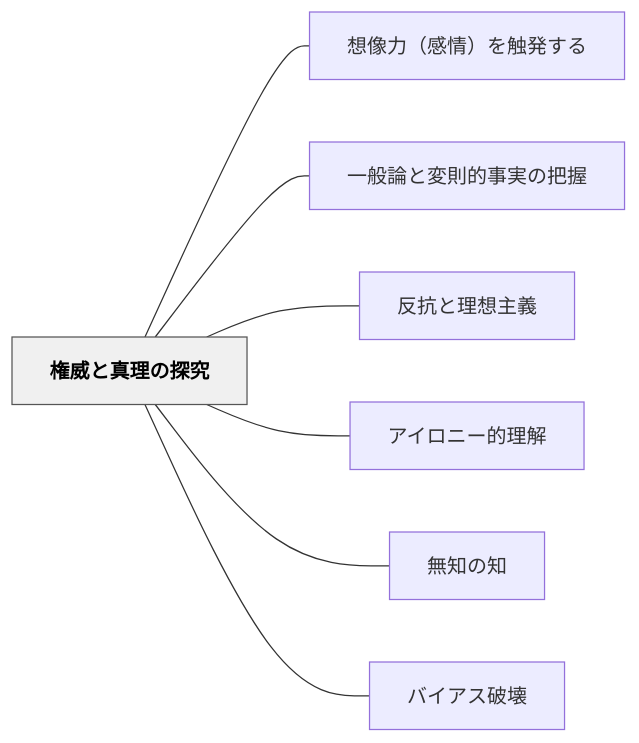
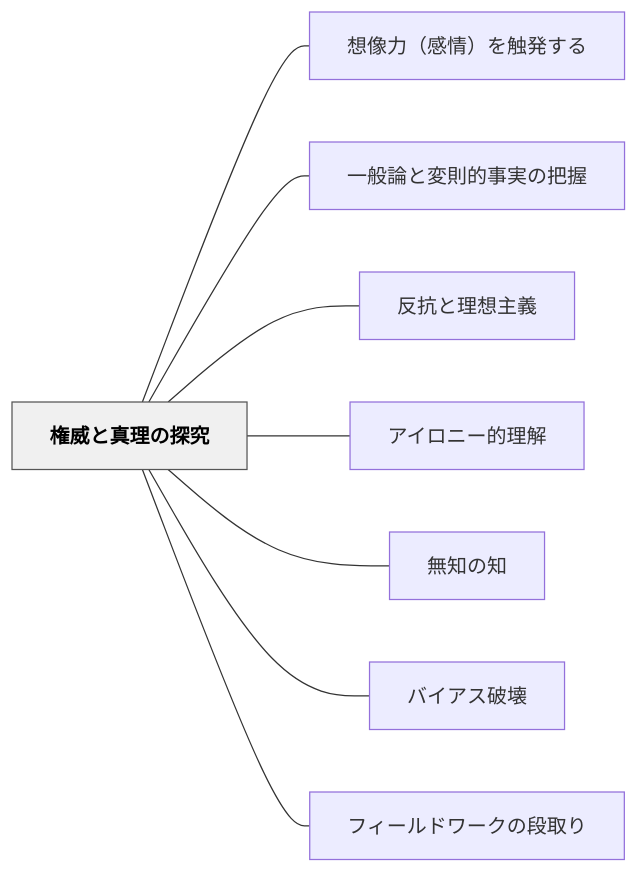
The diagram in content/パタン/権威と真理の探究.md (unknownthings-ed-patterns/unknownthings-ed-patterns), drawn with Mermaid before and after one commit. The commit also changed other lines of this file and 17 other files, not shown here.

````diff
--- a/content/パタン/権威と真理の探究.md
+++ b/content/パタン/権威と真理の探究.md
@@ -49,20 +50,22 @@
 ```mermaid
 flowchart LR
     ne6a8a9e5a881["権威と真理の探究"]
     ne683b3e5838f["想像力（感情）を触発する"]
     ne4b880e888ac["一般論と変則的事実の把握"]
     ne58f8de68a97["反抗と理想主義"]
     ne382a2e382a4["アイロニー的理解"]
     ne784a1e79fa5["無知の知"]
     ne38390e382a4["バイアス破壊"]
+    ne38395e382a3["フィールドワークの段取り"]
 
     ne6a8a9e5a881 --- ne683b3e5838f
     ne6a8a9e5a881 --- ne4b880e888ac
     ne6a8a9e5a881 --- ne58f8de68a97
     ne6a8a9e5a881 --- ne382a2e382a4
     ne6a8a9e5a881 --- ne784a1e79fa5
     ne6a8a9e5a881 --- ne38390e382a4
+    ne6a8a9e5a881 --- ne38395e382a3
 
     classDef hub fill:#f0f0f0,stroke:#555,color:#000,font-weight:bold
     class ne6a8a9e5a881 hub
 ```
````
